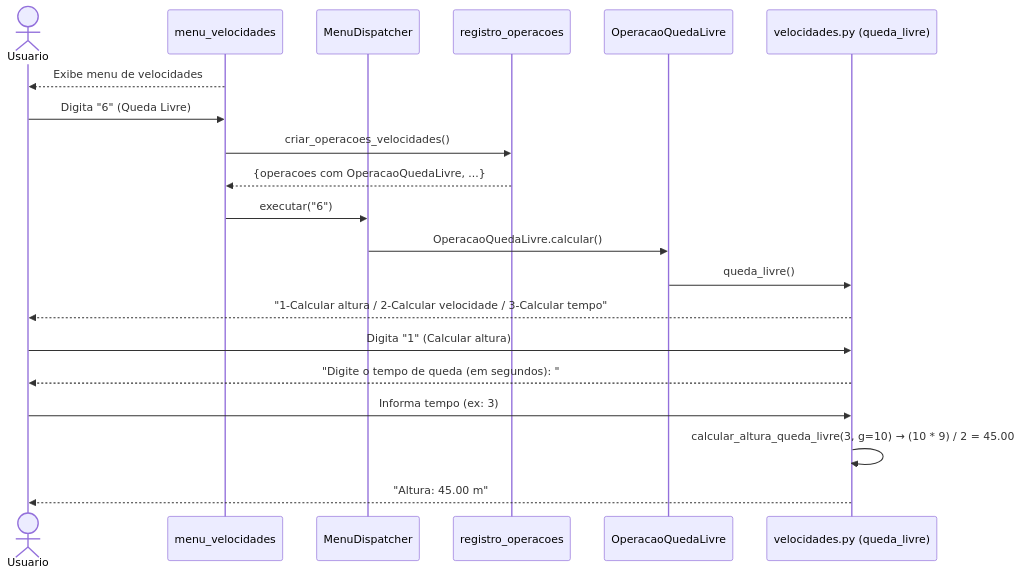
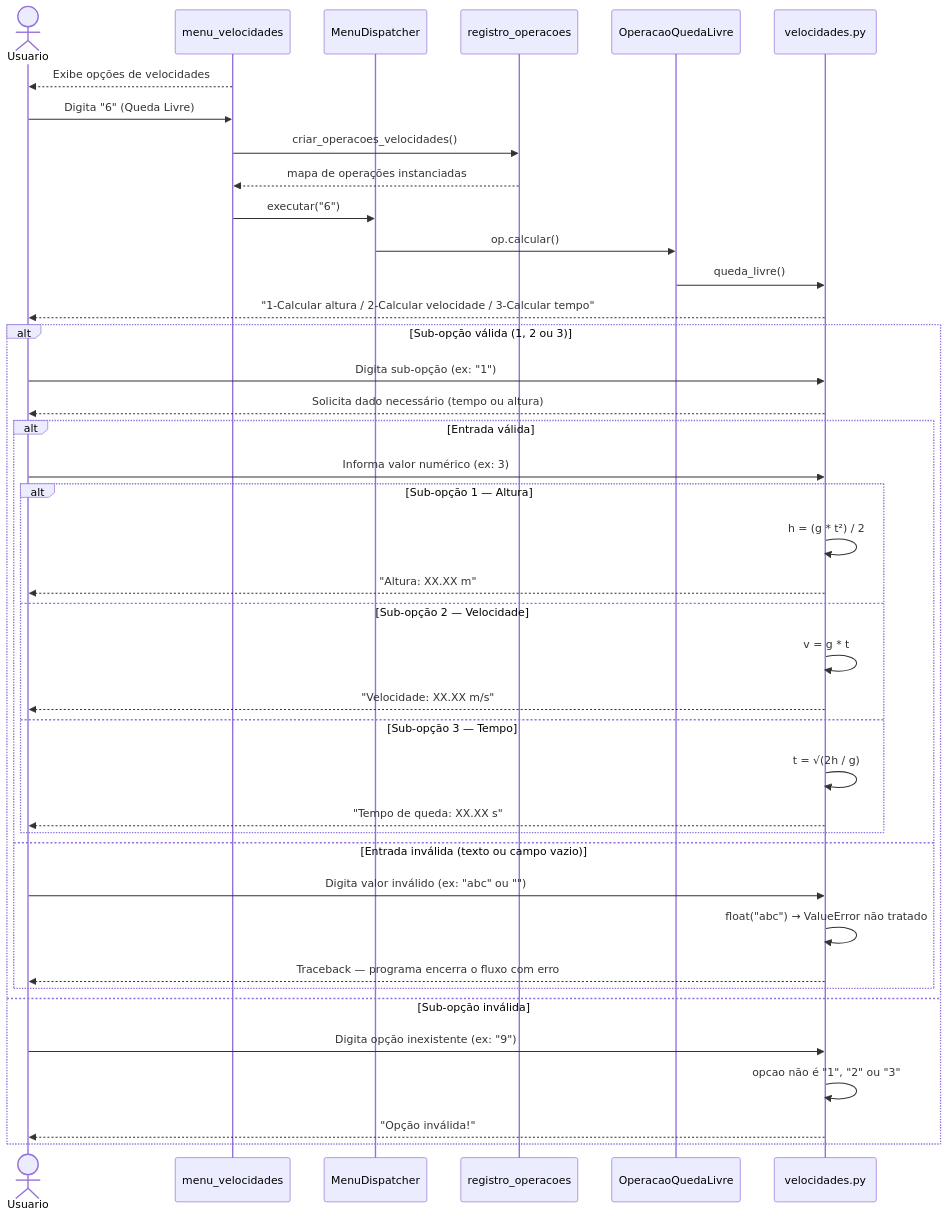
One commit to software-engineering-labs-ifrn/2026-1-Jonathan changed the diagram in Docs/Diagramas de sequência/DS_US06_QuedaLivre.md. Above: the diagram before and after it, drawn with Mermaid. The commit also changed other lines of this file and 10 other files, not shown here.

Commit message:
Fix: corrige diagramas

````diff
--- a/Docs/Diagramas de sequência/DS_US06_QuedaLivre.md
+++ b/Docs/Diagramas de sequência/DS_US06_QuedaLivre.md
@@ -9,24 +7,46 @@
 ```mermaid
 sequenceDiagram
     actor Usuario
     participant MenuVel as menu_velocidades
     participant Dispatcher as MenuDispatcher
     participant Registro as registro_operacoes
     participant Op as OperacaoQuedaLivre
-    participant Calc as velocidades.py (queda_livre)
+    participant Calc as velocidades.py
 
-    MenuVel-->>Usuario: Exibe menu de velocidades
+    MenuVel-->>Usuario: Exibe opções de velocidades
     Usuario->>MenuVel: Digita "6" (Queda Livre)
     MenuVel->>Registro: criar_operacoes_velocidades()
-    Registro-->>MenuVel: {operacoes com OperacaoQuedaLivre, ...}
+    Registro-->>MenuVel: mapa de operações instanciadas
     MenuVel->>Dispatcher: executar("6")
-    Dispatcher->>Op: OperacaoQuedaLivre.calcular()
+    Dispatcher->>Op: op.calcular()
     Op->>Calc: queda_livre()
     Calc-->>Usuario: "1-Calcular altura / 2-Calcular velocidade / 3-Calcular tempo"
 
-    Usuario->>Calc: Digita "1" (Calcular altura)
-    Calc-->>Usuario: "Digite o tempo de queda (em segundos): "
-    Usuario->>Calc: Informa tempo (ex: 3)
-    Calc->>Calc: calcular_altura_queda_livre(3, g=10) → (10 * 9) / 2 = 45.00
-    Calc-->>Usuario: "Altura: 45.00 m"
+    alt Sub-opção válida (1, 2 ou 3)
+        Usuario->>Calc: Digita sub-opção (ex: "1")
+        Calc-->>Usuario: Solicita dado necessário (tempo ou altura)
+
+        alt Entrada válida
+            Usuario->>Calc: Informa valor numérico (ex: 3)
+            alt Sub-opção 1 — Altura
+                Calc->>Calc: h = (g * t²) / 2
+                Calc-->>Usuario: "Altura: XX.XX m"
+            else Sub-opção 2 — Velocidade
+                Calc->>Calc: v = g * t
+                Calc-->>Usuario: "Velocidade: XX.XX m/s"
+            else Sub-opção 3 — Tempo
+                Calc->>Calc: t = √(2h / g)
+                Calc-->>Usuario: "Tempo de queda: XX.XX s"
+            end
+        else Entrada inválida (texto ou campo vazio)
+            Usuario->>Calc: Digita valor inválido (ex: "abc" ou "")
+            Calc->>Calc: float("abc") → ValueError não tratado
+            Calc-->>Usuario: Traceback — programa encerra o fluxo com erro
+        end
+
+    else Sub-opção inválida
+        Usuario->>Calc: Digita opção inexistente (ex: "9")
+        Calc->>Calc: opcao não é "1", "2" ou "3"
+        Calc-->>Usuario: "Opção inválida!"
+    end
 ```
````
